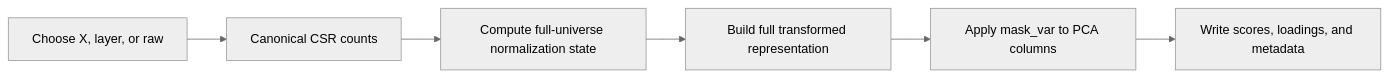
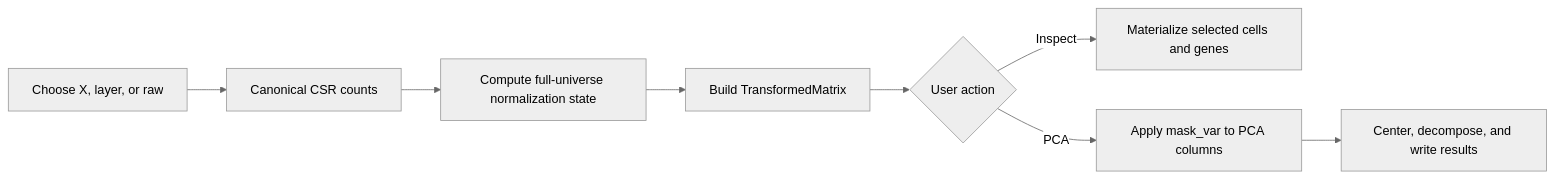
The second of 4 diagrams in docs/architecture.md (jgarthur/sparse_count_pca), drawn with Mermaid (neutral theme) before and after one commit. The commit also changed other lines of this file and 32 other files, not shown here.

````diff
--- a/docs/architecture.md
+++ b/docs/architecture.md
@@ -86,8 +95,10 @@
 ```mermaid
 flowchart LR
     A[Choose X, layer, or raw] --> B[Canonical CSR counts]
     B --> C[Compute full-universe normalization state]
-    C --> D[Build full transformed representation]
-    D --> E[Apply mask_var to PCA columns]
-    E --> F[Write scores, loadings, and metadata]
+    C --> D[Build TransformedMatrix]
+    D --> E{User action}
+    E -->|Inspect| F[Materialize selected cells and genes]
+    E -->|PCA| G[Apply mask_var to PCA columns]
+    G --> H[Center, decompose, and write results]
 ```
````
